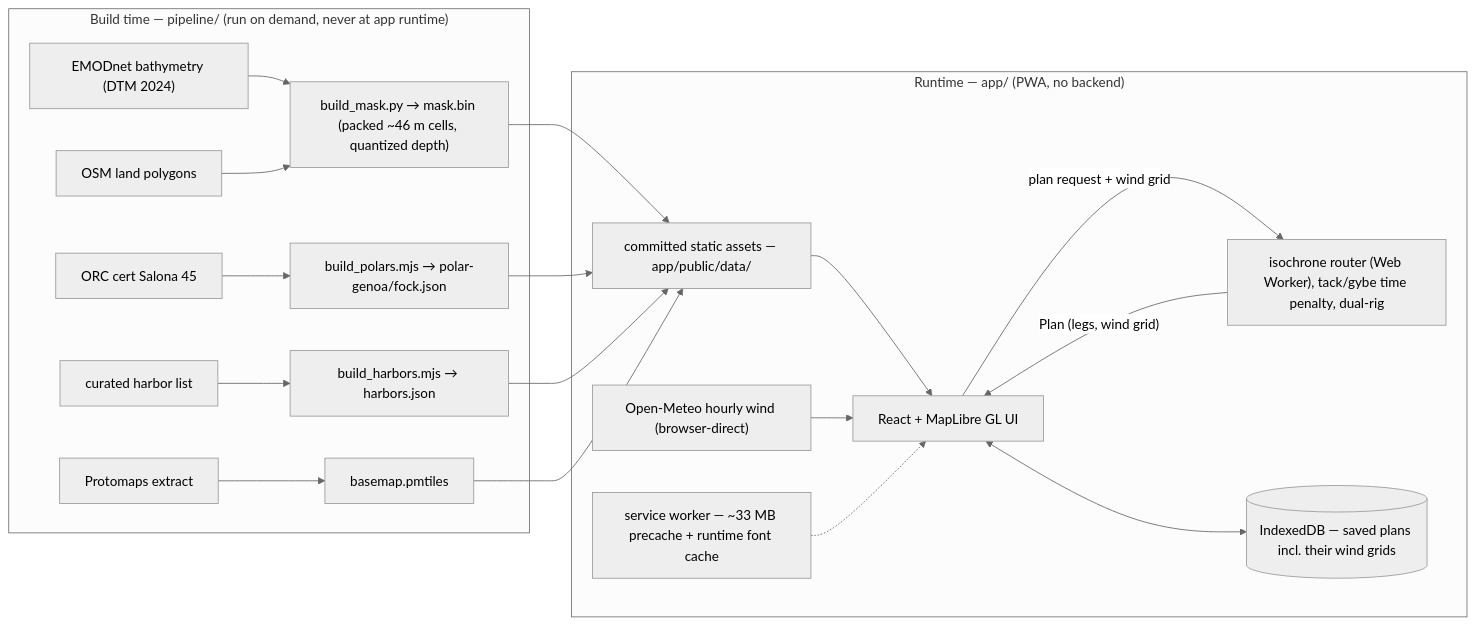
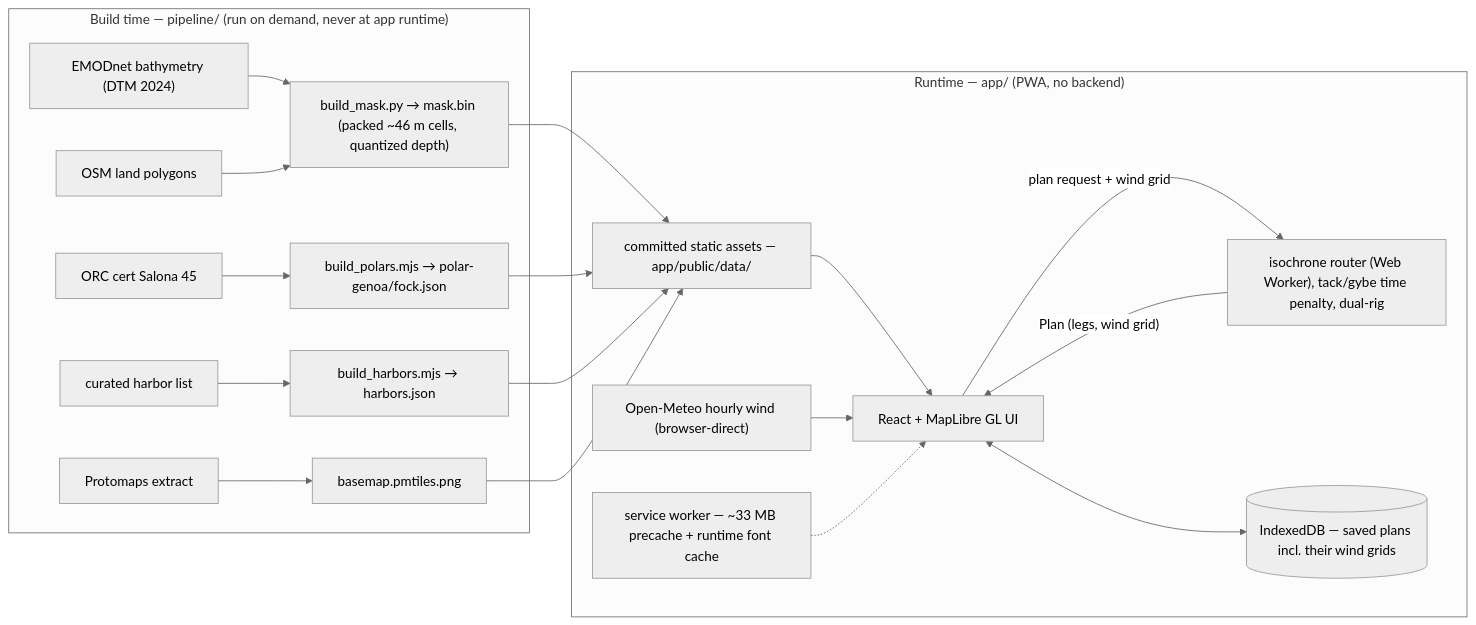
The diagram in README.md (DocGerd/sail_command), drawn with Mermaid (neutral theme) before and after one commit. The commit also changed 16 other files, not shown here.

````diff
--- a/README.md
+++ b/README.md
@@ -102,19 +102,19 @@
 ```mermaid
 flowchart LR
   subgraph pipeline ["Build time — pipeline/ (run on demand, never at app runtime)"]
     EMOD["EMODnet bathymetry (DTM 2024)"] --> MASK["build_mask.py → mask.bin (packed ~46 m cells, quantized depth)"]
     OSMLP["OSM land polygons"] --> MASK
     ORC["ORC cert Salona 45"] --> POLARS["build_polars.mjs → polar-genoa/fock.json"]
     CUR["curated harbor list"] --> HARB["build_harbors.mjs → harbors.json"]
-    PROTO["Protomaps extract"] --> PMT["basemap.pmtiles"]
+    PROTO["Protomaps extract"] --> PMT["basemap.pmtiles.png"]
   end
   MASK & POLARS & HARB & PMT --> ASSETS["committed static assets — app/public/data/"]
   subgraph app ["Runtime — app/ (PWA, no backend)"]
     ASSETS --> UI["React + MapLibre GL UI"]
     OM["Open-Meteo hourly wind (browser-direct)"] --> UI
     UI -->|"plan request + wind grid"| WORKER["isochrone router (Web Worker), tack/gybe time penalty, dual-rig"]
     WORKER -->|"Plan (legs, wind grid)"| UI
     UI <--> IDB[("IndexedDB — saved plans incl. their wind grids")]
     SW["service worker — ~33 MB precache + runtime font cache"] -.-> UI
   end
 ```
````
